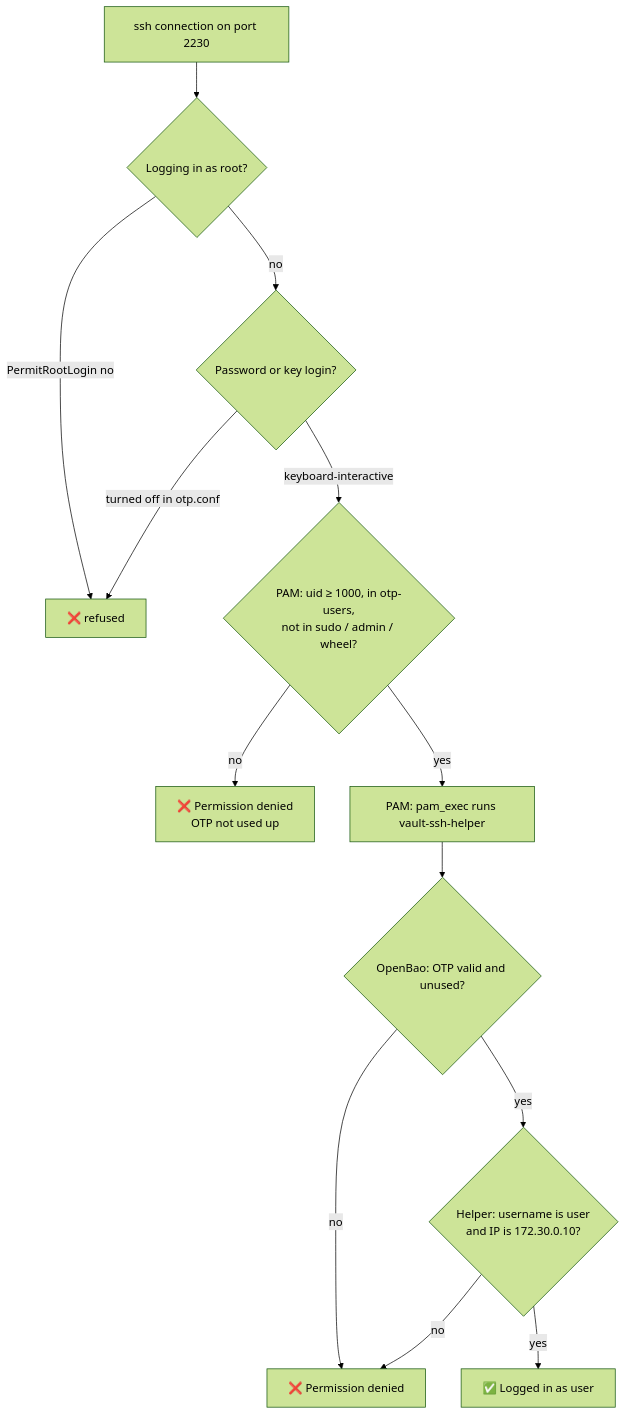
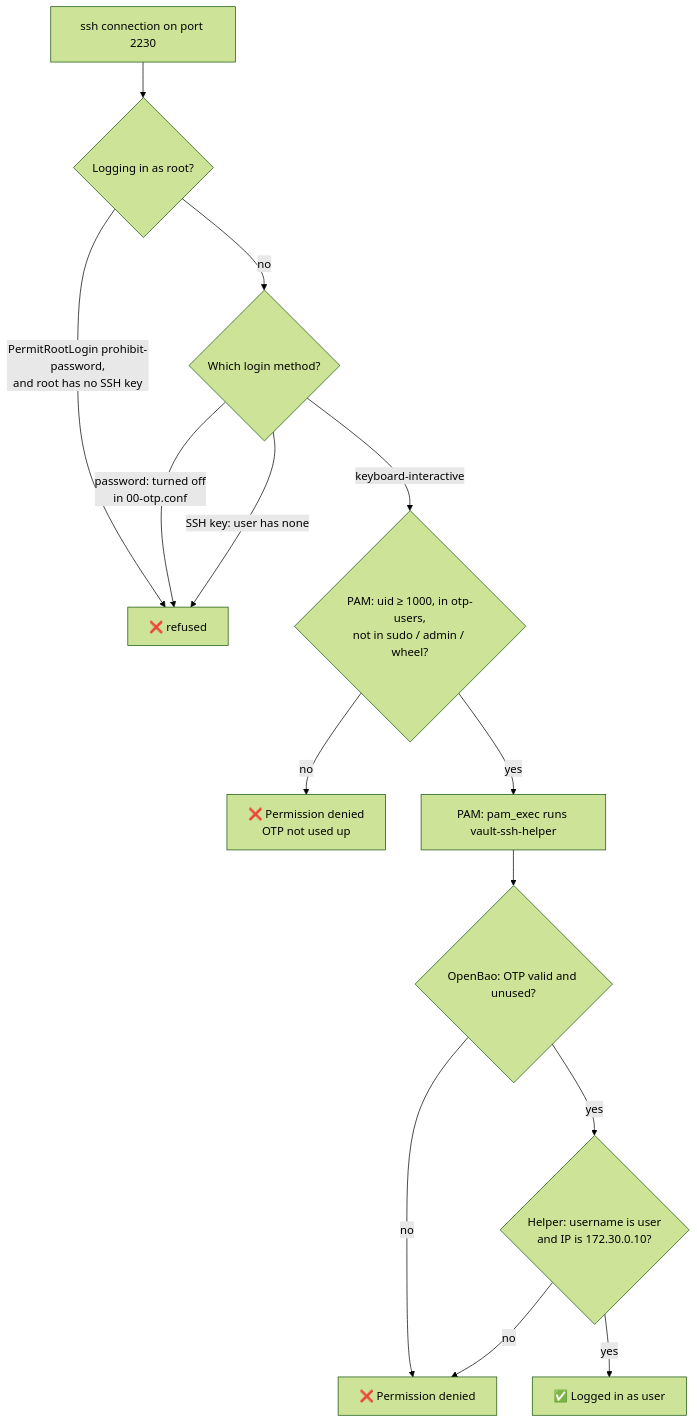
Before and after one commit to muthanii/otp-lab: the third of 4 diagrams in docs/how-it-works.md, drawn with Mermaid (forest theme). The commit also changed other lines of this file and 11 other files, not shown here.

````diff
--- a/docs/how-it-works.md
+++ b/docs/how-it-works.md
@@ -55,15 +57,16 @@
 ```mermaid
 flowchart TD
     A[ssh connection on port 2230] --> R{"Logging in as root?"}
-    R -- "PermitRootLogin no" --> X1[❌ refused]
-    R -- no --> B{"Password or key login?"}
-    B -- "turned off in otp.conf" --> X1
+    R -- "PermitRootLogin prohibit-password,<br/>and root has no SSH key" --> X1[❌ refused]
+    R -- no --> B{"Which login method?"}
+    B -- "password: turned off<br/>in 00-otp.conf" --> X1
+    B -- "SSH key: user has none" --> X1
     B -- "keyboard-interactive" --> G{"PAM: uid ≥ 1000, in otp-users,<br/>not in sudo / admin / wheel?"}
     G -- no --> X2[❌ Permission denied<br/>OTP not used up]
     G -- yes --> C[PAM: pam_exec runs vault-ssh-helper]
     C --> D{"OpenBao: OTP valid and unused?"}
     D -- no --> X3[❌ Permission denied]
     D -- yes --> E{"Helper: username is user<br/>and IP is 172.30.0.10?"}
     E -- no --> X3
     E -- yes --> F[✅ Logged in as user]
 ```
````
